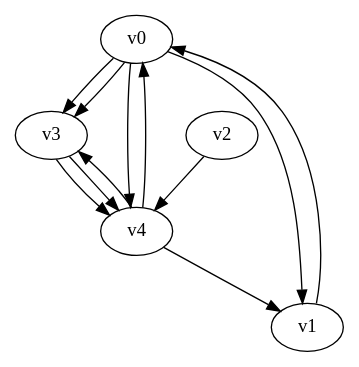
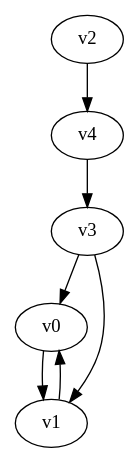
The diagram in diagraph.dot (yadej/graph_project), drawn with Graphviz before and after one commit. The commit also changed 1 other file, not shown here.

```diff
--- a/diagraph.dot
+++ b/diagraph.dot
@@ -1,8 +1,6 @@
 digraph G { 
-v0 -> v3 -> v4;
-v0 -> v3 -> v4;
-v0 -> v4 -> v3;
 v2 -> v4;
-v4 -> v0 -> v1;
-v4 -> v1 -> v0;
+v3 -> v0 -> v1;
+v3 -> v1 -> v0;
+v4 -> v3;
 }
```
